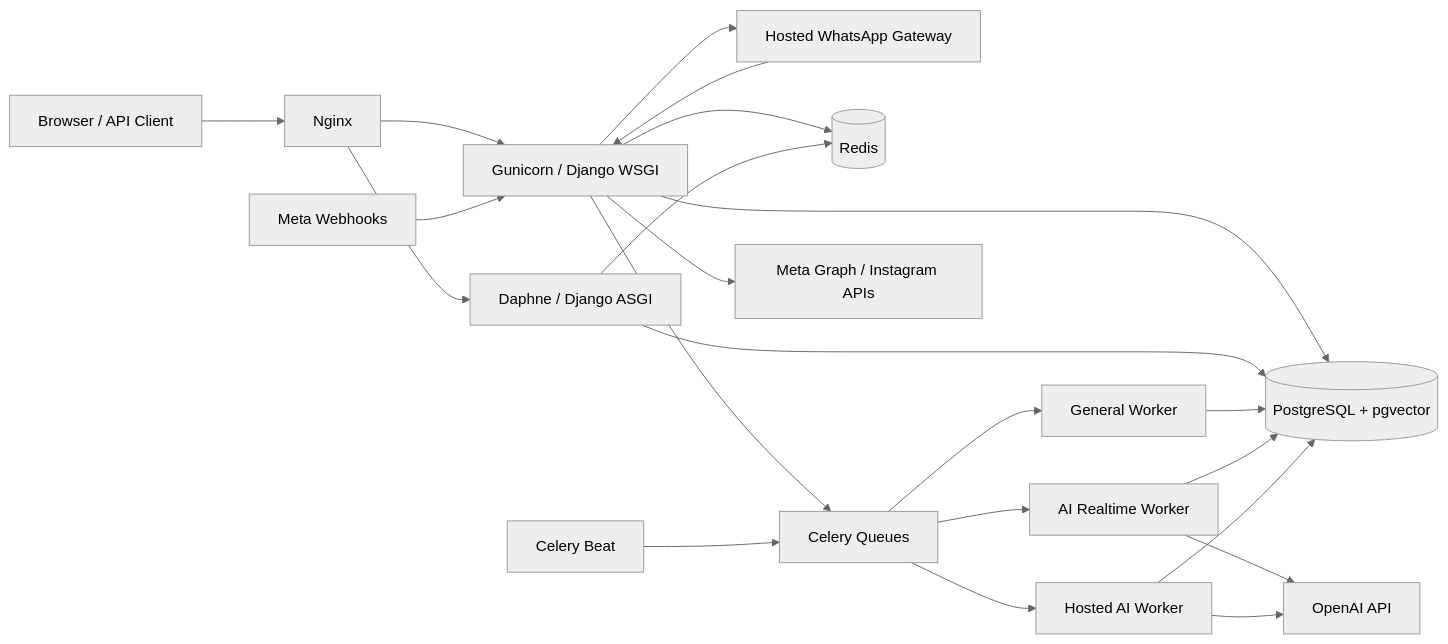
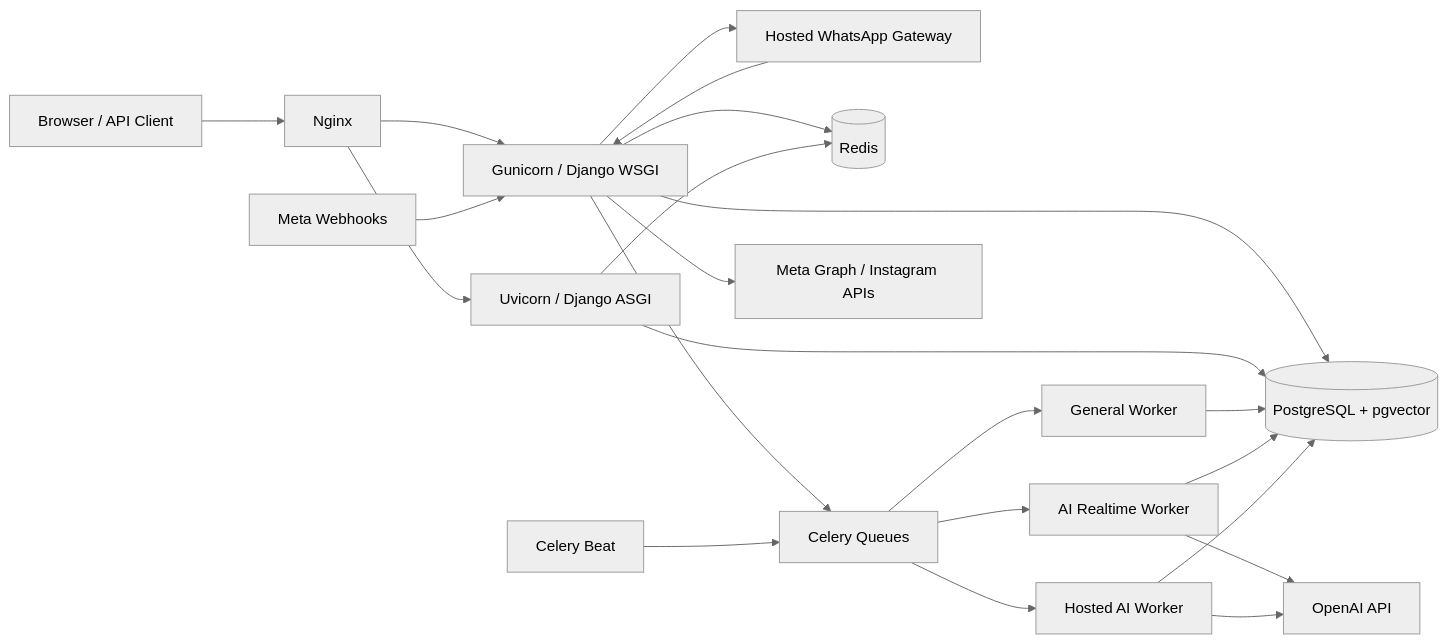
One commit to Ashwani1611/shvya-ai changed the diagram in README.md. Above: the diagram before and after it, drawn with Mermaid (neutral theme). The commit also changed other lines of this file and 12 other files, not shown here.

Commit message:
Replace vulnerable Daphne dependency with validated Uvicorn ASGI runtime

````diff
--- a/README.md
+++ b/README.md
@@ -78,29 +78,29 @@
 ```mermaid
 flowchart LR
     User[Browser / API Client] --> Nginx[Nginx]
     Nginx --> Web[Gunicorn / Django WSGI]
-    Nginx --> WS[Daphne / Django ASGI]
+    Nginx --> WS[Uvicorn / Django ASGI]
 
     Meta[Meta Webhooks] --> Web
     Hosted[Hosted WhatsApp Gateway] --> Web
 
     Web --> Postgres[(PostgreSQL + pgvector)]
     Web --> Redis[(Redis)]
     WS --> Redis
     WS --> Postgres
 
     Web --> Queue[Celery Queues]
     Queue --> Worker[General Worker]
     Queue --> AIWorker[AI Realtime Worker]
     Queue --> HostedWorker[Hosted AI Worker]
     Beat[Celery Beat] --> Queue
 
     Worker --> Postgres
     AIWorker --> OpenAI[OpenAI API]
     AIWorker --> Postgres
     HostedWorker --> OpenAI
     HostedWorker --> Postgres
 
     Web --> MetaAPI[Meta Graph / Instagram APIs]
     Web --> Hosted
 ```
````
